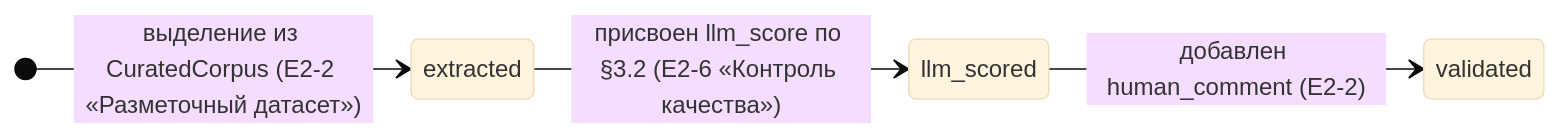
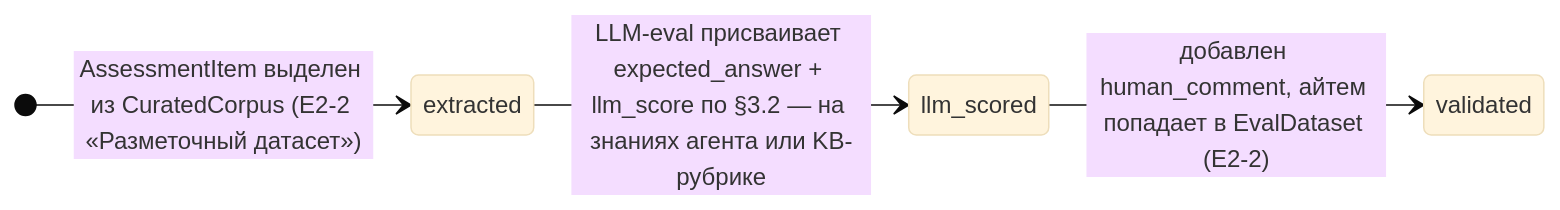
Before and after one commit to margomrkv/interview-debrief-assistant: the fourth of 5 diagrams in md/spec.md, drawn with Mermaid (base theme). The commit also changed other lines of this file and 1 other file, not shown here.

````diff
--- a/md/spec.md
+++ b/md/spec.md
@@ -264,7 +276,7 @@
 ```mermaid
 stateDiagram-v2
     direction LR
-    [*] --> extracted : выделение из CuratedCorpus (E2-2 «Разметочный датасет»)
-    extracted --> llm_scored : присвоен llm_score по §3.2 (E2-6 «Контроль качества»)
-    llm_scored --> validated : добавлен human_comment (E2-2)
+    [*] --> extracted : AssessmentItem выделен из CuratedCorpus (E2-2 «Разметочный датасет»)
+    extracted --> llm_scored : LLM-eval присваивает expected_answer + llm_score по §3.2 — на знаниях агента или KB-рубрике
+    llm_scored --> validated : добавлен human_comment, айтем попадает в EvalDataset (E2-2)
 ```
````
